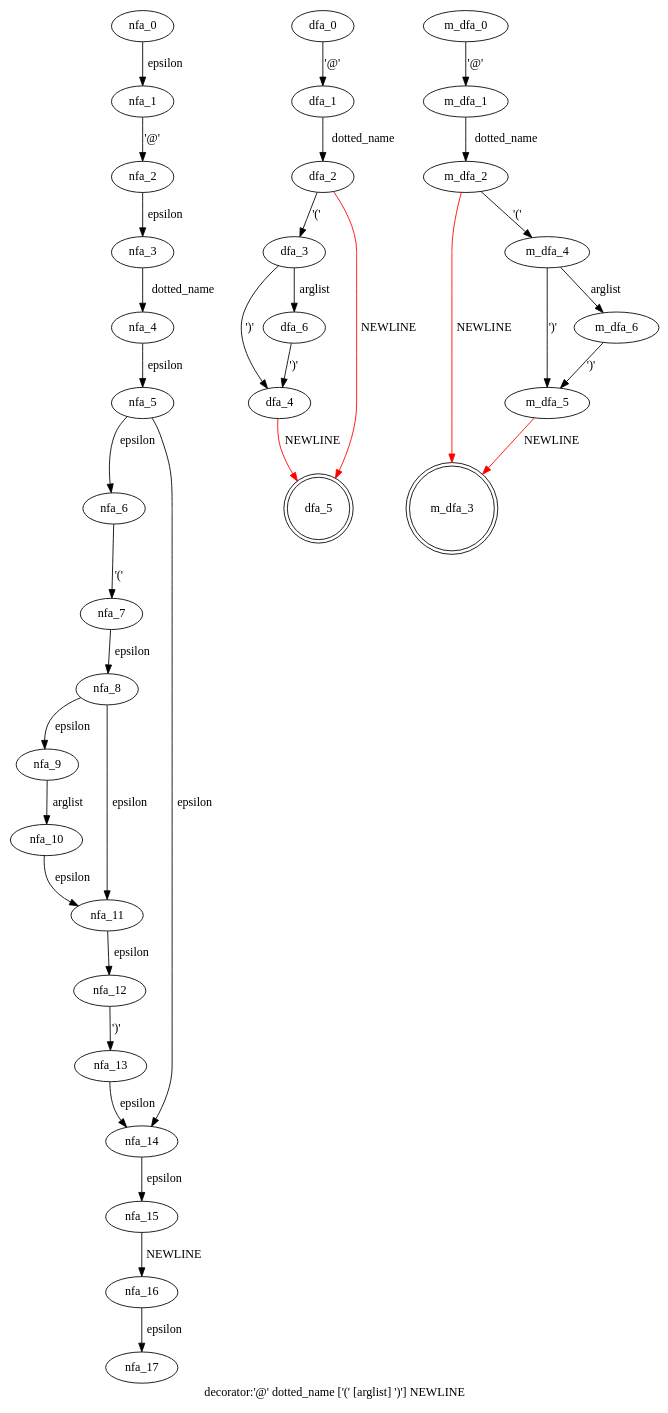
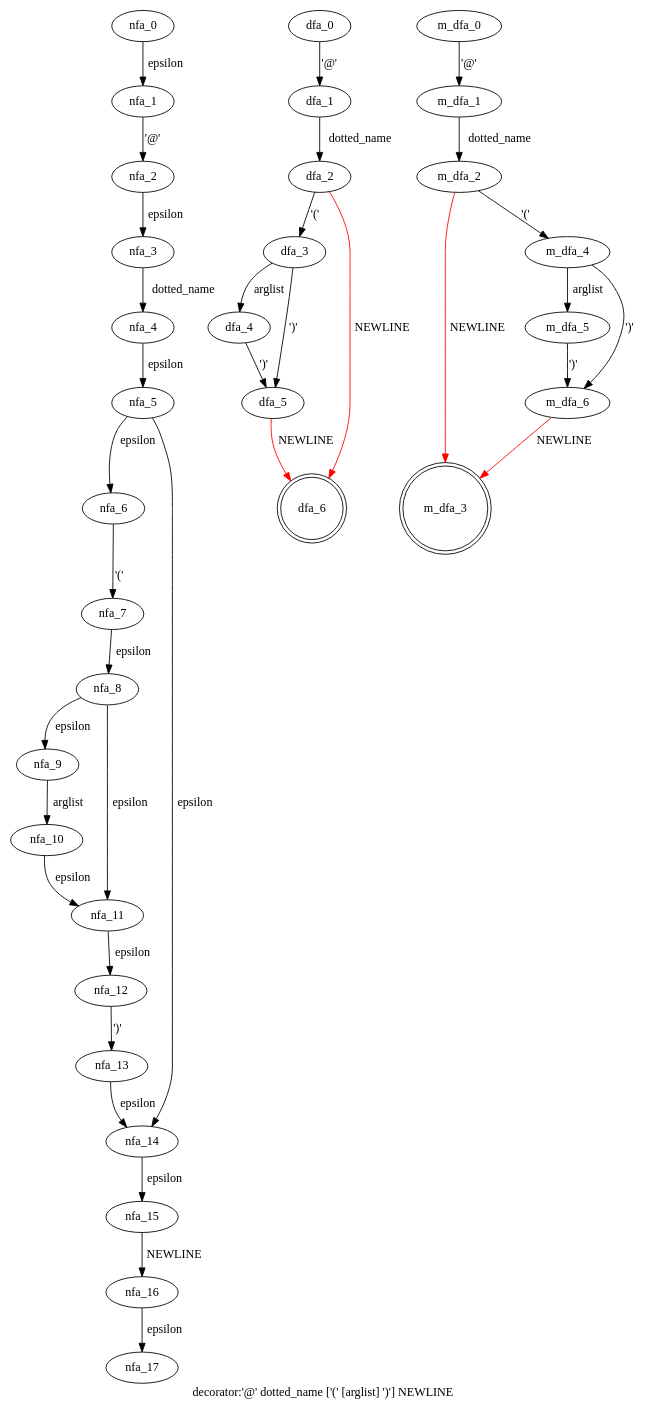
The diagram in cpython/grammar/handwrite/nfa_dfas/3.decorator.dot (WinChua/blog), drawn with Graphviz before and after one commit. The commit also changed 47 other files, not shown here.

```diff
--- a/cpython/grammar/handwrite/nfa_dfas/3.decorator.dot
+++ b/cpython/grammar/handwrite/nfa_dfas/3.decorator.dot
@@ -1,46 +1,46 @@
 digraph decorator {
  graph[label="decorator:'@' dotted_name ['(' [arglist] ')'] NEWLINE"]
  subgraph decorator_nfa {
   nfa_0->nfa_1[label="epsilon"]
   nfa_1->nfa_2[label="'@'"]
   nfa_2->nfa_3[label="epsilon"]
   nfa_3->nfa_4[label="dotted_name"]
   nfa_4->nfa_5[label="epsilon"]
   nfa_5->nfa_6[label="epsilon"]
   nfa_6->nfa_7[label="'('"]
   nfa_7->nfa_8[label="epsilon"]
   nfa_8->nfa_9[label="epsilon"]
   nfa_9->nfa_10[label="arglist"]
   nfa_10->nfa_11[label="epsilon"]
   nfa_11->nfa_12[label="epsilon"]
   nfa_12->nfa_13[label="')'"]
   nfa_13->nfa_14[label="epsilon"]
   nfa_14->nfa_15[label="epsilon"]
   nfa_15->nfa_16[label="NEWLINE"]
   nfa_16->nfa_17[label="epsilon"]
   nfa_8->nfa_11[label="epsilon"]
   nfa_5->nfa_14[label="epsilon"]
   }
  subgraph decorator_dfa {
   dfa_0->dfa_1[label="'@'"]
   dfa_1->dfa_2[label="dotted_name"]
   dfa_2->dfa_3[label="'('"]
-  dfa_3->dfa_4[label="')'"]
-  dfa_4->dfa_5[label="NEWLINE",color=red]
-  dfa_3->dfa_6[label="arglist"]
-  dfa_6->dfa_4[label="')'"]
-  dfa_2->dfa_5[label="NEWLINE",color=red]
-  dfa_5[shape=doublecircle]
+  dfa_3->dfa_4[label="arglist"]
+  dfa_4->dfa_5[label="')'"]
+  dfa_5->dfa_6[label="NEWLINE",color=red]
+  dfa_3->dfa_5[label="')'"]
+  dfa_2->dfa_6[label="NEWLINE",color=red]
+  dfa_6[shape=doublecircle]
   }
  subgraph decorator_m_dfa {
   m_dfa_0->m_dfa_1[label="'@'"]
   m_dfa_1->m_dfa_2[label="dotted_name"]
   m_dfa_2->m_dfa_3[label="NEWLINE",color=red]
   m_dfa_2->m_dfa_4[label="'('"]
-  m_dfa_4->m_dfa_5[label="')'"]
-  m_dfa_5->m_dfa_3[label="NEWLINE",color=red]
-  m_dfa_4->m_dfa_6[label="arglist"]
-  m_dfa_6->m_dfa_5[label="')'"]
+  m_dfa_4->m_dfa_5[label="arglist"]
+  m_dfa_5->m_dfa_6[label="')'"]
+  m_dfa_6->m_dfa_3[label="NEWLINE",color=red]
+  m_dfa_4->m_dfa_6[label="')'"]
   m_dfa_3[shape=doublecircle]
   }
 }
```
